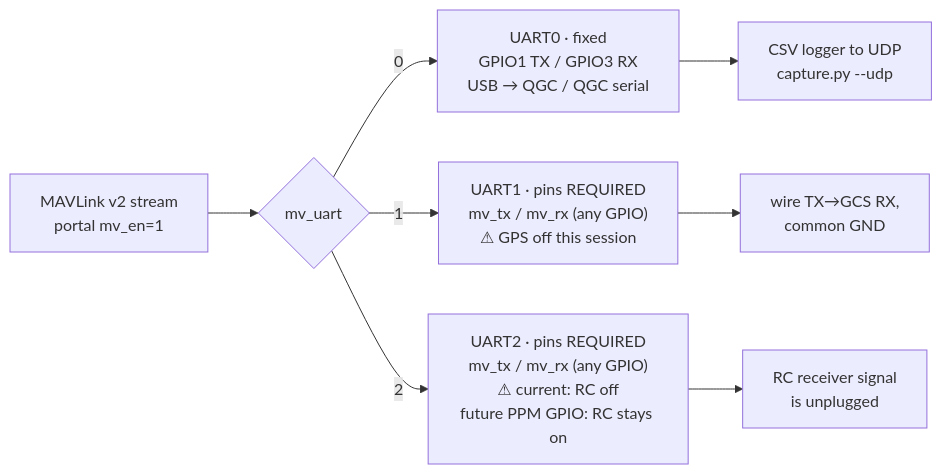
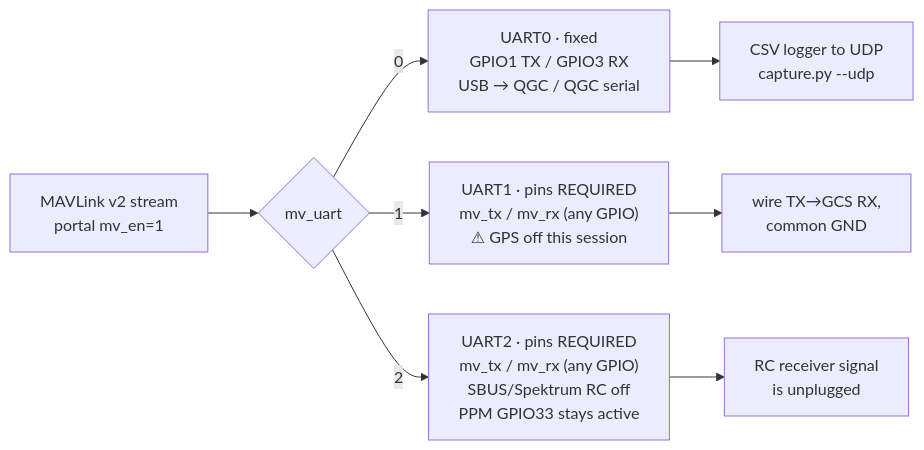
One commit to djtrance/ardroneReBorn changed the second of 3 diagrams in esp32-airplane/docs/wiring.md. Above: the diagram before and after it, drawn with Mermaid. The commit also changed other lines of this file and 13 other files, not shown here.

First line of the commit message:
esp32: implement PPM-SUM RC input on GPIO33; free UART2 for MAVLink

````diff
--- a/esp32-airplane/docs/wiring.md
+++ b/esp32-airplane/docs/wiring.md
@@ -276,10 +283,10 @@
 ```mermaid
 graph LR
     MV["MAVLink v2 stream<br/>portal mv_en=1"] --> Q{"mv_uart"}
     Q -->|"0"| O0["UART0 · fixed<br/>GPIO1 TX / GPIO3 RX<br/>USB → QGC / QGC serial"]
     Q -->|"1"| O1["UART1 · pins REQUIRED<br/>mv_tx / mv_rx (any GPIO)<br/>⚠ GPS off this session"]
-    Q -->|"2"| O2["UART2 · pins REQUIRED<br/>mv_tx / mv_rx (any GPIO)<br/>⚠ current: RC off<br/>future PPM GPIO: RC stays on"]
+    Q -->|"2"| O2["UART2 · pins REQUIRED<br/>mv_tx / mv_rx (any GPIO)<br/>SBUS/Spektrum RC off<br/>PPM GPIO33 stays active"]
     O0 --> W0["CSV logger to UDP<br/>capture.py --udp"]
     O1 --> W1["wire TX→GCS RX,<br/>common GND"]
     O2 --> W2["RC receiver signal<br/>is unplugged"]
 ```
````
